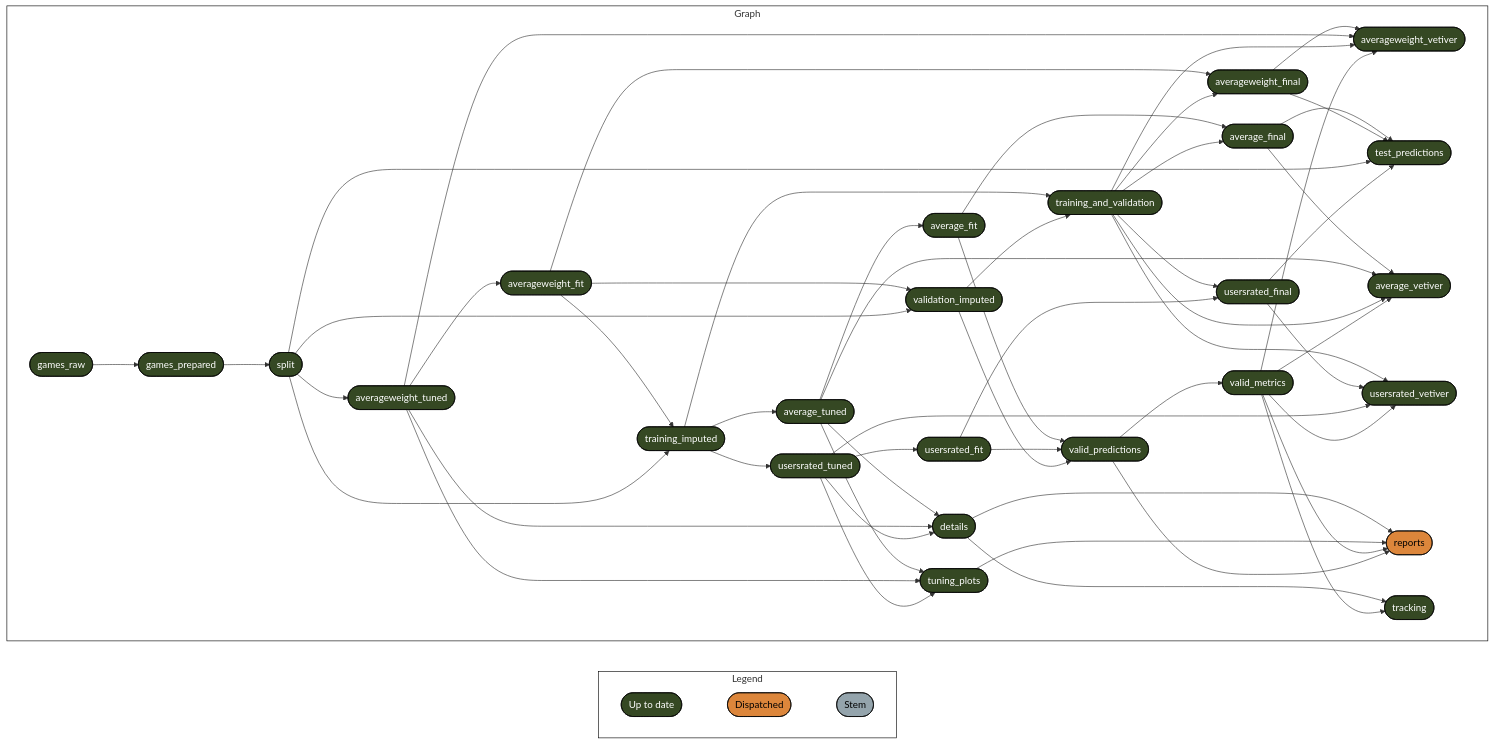
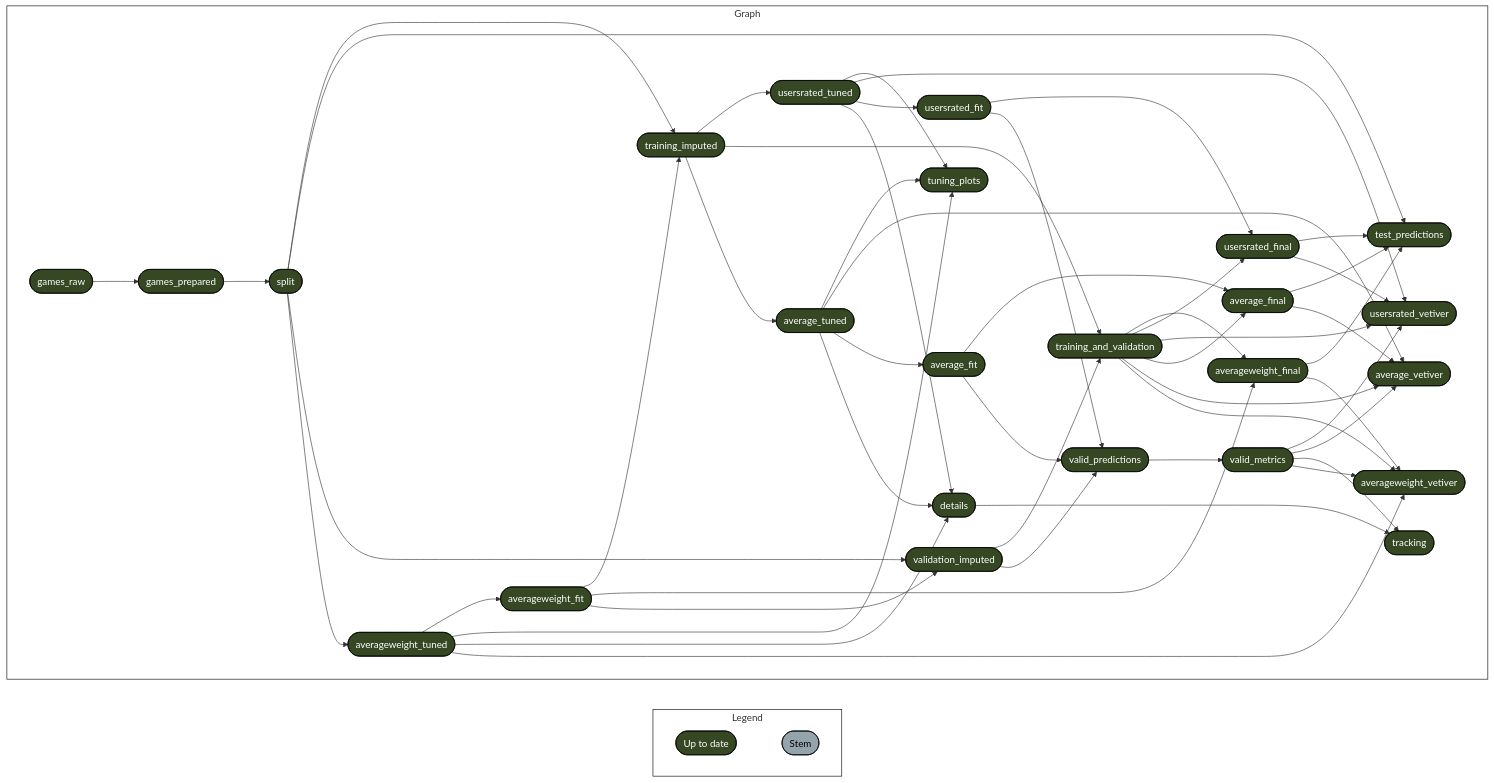
One commit to phenrickson/bgg_models changed the diagram in docs/results.md. Above: the diagram before and after it, drawn with Mermaid. The commit also changed other lines of this file and 5 other files, not shown here.

````diff
--- a/docs/results.md
+++ b/docs/results.md
@@ -7,70 +7,63 @@
 ``` mermaid
 graph LR
   style Legend fill:#FFFFFF00,stroke:#000000;
   style Graph fill:#FFFFFF00,stroke:#000000;
   subgraph Legend
     direction LR
-    x7420bd9270f8d27d([""Up to date""]):::uptodate --- xa8565c104d8f0705([""Dispatched""]):::dispatched
-    xa8565c104d8f0705([""Dispatched""]):::dispatched --- xbf4603d6c2c2ad6b([""Stem""]):::none
+    x7420bd9270f8d27d([""Up to date""]):::uptodate --- xbf4603d6c2c2ad6b([""Stem""]):::none
   end
   subgraph Graph
     direction LR
+    x04d83687468f3fc4(["averageweight_tuned"]):::uptodate --> x0f34a02bd6ed632f(["averageweight_fit"]):::uptodate
+    x170105733f313efa(["training_imputed"]):::uptodate --> x8b18f98f2746942f(["usersrated_tuned"]):::uptodate
+    x2b7f0716b8751c70(["games_raw"]):::uptodate --> xe73a0f95bb7c669b(["games_prepared"]):::uptodate
+    x0f34a02bd6ed632f(["averageweight_fit"]):::uptodate --> x170105733f313efa(["training_imputed"]):::uptodate
+    x6a9d509448f9bd3e(["split"]):::uptodate --> x170105733f313efa(["training_imputed"]):::uptodate
+    x0f34a02bd6ed632f(["averageweight_fit"]):::uptodate --> x5a0dca7931d71121(["averageweight_final"]):::uptodate
+    xe5bd2d3c6fdf29ae(["training_and_validation"]):::uptodate --> x5a0dca7931d71121(["averageweight_final"]):::uptodate
+    x32d592eaf8d082e6(["valid_predictions"]):::uptodate --> xc2507955de0caf4e(["valid_metrics"]):::uptodate
     xe5bd2d3c6fdf29ae(["training_and_validation"]):::uptodate --> xd99568a85da9c31b(["usersrated_final"]):::uptodate
     xd6936e852f1fbe47(["usersrated_fit"]):::uptodate --> xd99568a85da9c31b(["usersrated_final"]):::uptodate
+    x51e4cab15d71e6a3(["average_final"]):::uptodate --> x09d4ee9c0cdd997f(["test_predictions"]):::uptodate
+    x5a0dca7931d71121(["averageweight_final"]):::uptodate --> x09d4ee9c0cdd997f(["test_predictions"]):::uptodate
+    x6a9d509448f9bd3e(["split"]):::uptodate --> x09d4ee9c0cdd997f(["test_predictions"]):::uptodate
+    xd99568a85da9c31b(["usersrated_final"]):::uptodate --> x09d4ee9c0cdd997f(["test_predictions"]):::uptodate
+    x0f34a02bd6ed632f(["averageweight_fit"]):::uptodate --> x60bd72cb3684ce1d(["validation_imputed"]):::uptodate
+    x6a9d509448f9bd3e(["split"]):::uptodate --> x60bd72cb3684ce1d(["validation_imputed"]):::uptodate
+    xd0ff2216903615b0(["average_tuned"]):::uptodate --> x5009635ca9660f5b(["tuning_plots"]):::uptodate
+    x04d83687468f3fc4(["averageweight_tuned"]):::uptodate --> x5009635ca9660f5b(["tuning_plots"]):::uptodate
+    x8b18f98f2746942f(["usersrated_tuned"]):::uptodate --> x5009635ca9660f5b(["tuning_plots"]):::uptodate
     xe73a0f95bb7c669b(["games_prepared"]):::uptodate --> x6a9d509448f9bd3e(["split"]):::uptodate
+    xe5bd2d3c6fdf29ae(["training_and_validation"]):::uptodate --> x156a6ed4485a6769(["usersrated_vetiver"]):::uptodate
+    xd99568a85da9c31b(["usersrated_final"]):::uptodate --> x156a6ed4485a6769(["usersrated_vetiver"]):::uptodate
+    x8b18f98f2746942f(["usersrated_tuned"]):::uptodate --> x156a6ed4485a6769(["usersrated_vetiver"]):::uptodate
+    xc2507955de0caf4e(["valid_metrics"]):::uptodate --> x156a6ed4485a6769(["usersrated_vetiver"]):::uptodate
+    x170105733f313efa(["training_imputed"]):::uptodate --> xe5bd2d3c6fdf29ae(["training_and_validation"]):::uptodate
+    x60bd72cb3684ce1d(["validation_imputed"]):::uptodate --> xe5bd2d3c6fdf29ae(["training_and_validation"]):::uptodate
+    x170105733f313efa(["training_imputed"]):::uptodate --> xd0ff2216903615b0(["average_tuned"]):::uptodate
+    xc0de7cb1ceaaae9a(["average_fit"]):::uptodate --> x51e4cab15d71e6a3(["average_final"]):::uptodate
+    xe5bd2d3c6fdf29ae(["training_and_validation"]):::uptodate --> x51e4cab15d71e6a3(["average_final"]):::uptodate
+    x51e4cab15d71e6a3(["average_final"]):::uptodate --> x1b61a8b8a8b5e6c2(["average_vetiver"]):::uptodate
+    xd0ff2216903615b0(["average_tuned"]):::uptodate --> x1b61a8b8a8b5e6c2(["average_vetiver"]):::uptodate
+    xe5bd2d3c6fdf29ae(["training_and_validation"]):::uptodate --> x1b61a8b8a8b5e6c2(["average_vetiver"]):::uptodate
+    xc2507955de0caf4e(["valid_metrics"]):::uptodate --> x1b61a8b8a8b5e6c2(["average_vetiver"]):::uptodate
+    xd0ff2216903615b0(["average_tuned"]):::uptodate --> xc0de7cb1ceaaae9a(["average_fit"]):::uptodate
+    x6a9d509448f9bd3e(["split"]):::uptodate --> x04d83687468f3fc4(["averageweight_tuned"]):::uptodate
+    xc0de7cb1ceaaae9a(["average_fit"]):::uptodate --> x32d592eaf8d082e6(["valid_predictions"]):::uptodate
+    xd6936e852f1fbe47(["usersrated_fit"]):::uptodate --> x32d592eaf8d082e6(["valid_predictions"]):::uptodate
+    x60bd72cb3684ce1d(["validation_imputed"]):::uptodate --> x32d592eaf8d082e6(["valid_predictions"]):::uptodate
+    x8b18f98f2746942f(["usersrated_tuned"]):::uptodate --> xd6936e852f1fbe47(["usersrated_fit"]):::uptodate
+    xd0ff2216903615b0(["average_tuned"]):::uptodate --> x45aff652992a023a(["details"]):::uptodate
+    x04d83687468f3fc4(["averageweight_tuned"]):::uptodate --> x45aff652992a023a(["details"]):::uptodate
+    x8b18f98f2746942f(["usersrated_tuned"]):::uptodate --> x45aff652992a023a(["details"]):::uptodate
+    x45aff652992a023a(["details"]):::uptodate --> x92c9ab88ae1439d1(["tracking"]):::uptodate
+    xc2507955de0caf4e(["valid_metrics"]):::uptodate --> x92c9ab88ae1439d1(["tracking"]):::uptodate
     x5a0dca7931d71121(["averageweight_final"]):::uptodate --> xcbeb0ce109eb5b86(["averageweight_vetiver"]):::uptodate
     x04d83687468f3fc4(["averageweight_tuned"]):::uptodate --> xcbeb0ce109eb5b86(["averageweight_vetiver"]):::uptodate
     xe5bd2d3c6fdf29ae(["training_and_validation"]):::uptodate --> xcbeb0ce109eb5b86(["averageweight_vetiver"]):::uptodate
     xc2507955de0caf4e(["valid_metrics"]):::uptodate --> xcbeb0ce109eb5b86(["averageweight_vetiver"]):::uptodate
-    x0f34a02bd6ed632f(["averageweight_fit"]):::uptodate --> x5a0dca7931d71121(["averageweight_final"]):::uptodate
-    xe5bd2d3c6fdf29ae(["training_and_validation"]):::uptodate --> x5a0dca7931d71121(["averageweight_final"]):::uptodate
-    x04d83687468f3fc4(["averageweight_tuned"]):::uptodate --> x0f34a02bd6ed632f(["averageweight_fit"]):::uptodate
-    x51e4cab15d71e6a3(["average_final"]):::uptodate --> x09d4ee9c0cdd997f(["test_predictions"]):::uptodate
-    x5a0dca7931d71121(["averageweight_final"]):::uptodate --> x09d4ee9c0cdd997f(["test_predictions"]):::uptodate
-    x6a9d509448f9bd3e(["split"]):::uptodate --> x09d4ee9c0cdd997f(["test_predictions"]):::uptodate
-    xd99568a85da9c31b(["usersrated_final"]):::uptodate --> x09d4ee9c0cdd997f(["test_predictions"]):::uptodate
-    xd0ff2216903615b0(["average_tuned"]):::uptodate --> x45aff652992a023a(["details"]):::uptodate
-    x04d83687468f3fc4(["averageweight_tuned"]):::uptodate --> x45aff652992a023a(["details"]):::uptodate
-    x8b18f98f2746942f(["usersrated_tuned"]):::uptodate --> x45aff652992a023a(["details"]):::uptodate
-    x170105733f313efa(["training_imputed"]):::uptodate --> xe5bd2d3c6fdf29ae(["training_and_validation"]):::uptodate
-    x60bd72cb3684ce1d(["validation_imputed"]):::uptodate --> xe5bd2d3c6fdf29ae(["training_and_validation"]):::uptodate
-    x8b18f98f2746942f(["usersrated_tuned"]):::uptodate --> xd6936e852f1fbe47(["usersrated_fit"]):::uptodate
-    xd0ff2216903615b0(["average_tuned"]):::uptodate --> xc0de7cb1ceaaae9a(["average_fit"]):::uptodate
-    x2b7f0716b8751c70(["games_raw"]):::uptodate --> xe73a0f95bb7c669b(["games_prepared"]):::uptodate
-    x51e4cab15d71e6a3(["average_final"]):::uptodate --> x1b61a8b8a8b5e6c2(["average_vetiver"]):::uptodate
-    xd0ff2216903615b0(["average_tuned"]):::uptodate --> x1b61a8b8a8b5e6c2(["average_vetiver"]):::uptodate
-    xe5bd2d3c6fdf29ae(["training_and_validation"]):::uptodate --> x1b61a8b8a8b5e6c2(["average_vetiver"]):::uptodate
-    xc2507955de0caf4e(["valid_metrics"]):::uptodate --> x1b61a8b8a8b5e6c2(["average_vetiver"]):::uptodate
-    xe5bd2d3c6fdf29ae(["training_and_validation"]):::uptodate --> x156a6ed4485a6769(["usersrated_vetiver"]):::uptodate
-    xd99568a85da9c31b(["usersrated_final"]):::uptodate --> x156a6ed4485a6769(["usersrated_vetiver"]):::uptodate
-    x8b18f98f2746942f(["usersrated_tuned"]):::uptodate --> x156a6ed4485a6769(["usersrated_vetiver"]):::uptodate
-    xc2507955de0caf4e(["valid_metrics"]):::uptodate --> x156a6ed4485a6769(["usersrated_vetiver"]):::uptodate
-    xd0ff2216903615b0(["average_tuned"]):::uptodate --> x5009635ca9660f5b(["tuning_plots"]):::uptodate
-    x04d83687468f3fc4(["averageweight_tuned"]):::uptodate --> x5009635ca9660f5b(["tuning_plots"]):::uptodate
-    x8b18f98f2746942f(["usersrated_tuned"]):::uptodate --> x5009635ca9660f5b(["tuning_plots"]):::uptodate
-    x170105733f313efa(["training_imputed"]):::uptodate --> xd0ff2216903615b0(["average_tuned"]):::uptodate
-    x0f34a02bd6ed632f(["averageweight_fit"]):::uptodate --> x170105733f313efa(["training_imputed"]):::uptodate
-    x6a9d509448f9bd3e(["split"]):::uptodate --> x170105733f313efa(["training_imputed"]):::uptodate
-    xc0de7cb1ceaaae9a(["average_fit"]):::uptodate --> x32d592eaf8d082e6(["valid_predictions"]):::uptodate
-    xd6936e852f1fbe47(["usersrated_fit"]):::uptodate --> x32d592eaf8d082e6(["valid_predictions"]):::uptodate
-    x60bd72cb3684ce1d(["validation_imputed"]):::uptodate --> x32d592eaf8d082e6(["valid_predictions"]):::uptodate
-    x45aff652992a023a(["details"]):::uptodate --> x3c2f8ffacaa45076(["reports"]):::dispatched
-    x5009635ca9660f5b(["tuning_plots"]):::uptodate --> x3c2f8ffacaa45076(["reports"]):::dispatched
-    xc2507955de0caf4e(["valid_metrics"]):::uptodate --> x3c2f8ffacaa45076(["reports"]):::dispatched
-    x32d592eaf8d082e6(["valid_predictions"]):::uptodate --> x3c2f8ffacaa45076(["reports"]):::dispatched
-    x0f34a02bd6ed632f(["averageweight_fit"]):::uptodate --> x60bd72cb3684ce1d(["validation_imputed"]):::uptodate
-    x6a9d509448f9bd3e(["split"]):::uptodate --> x60bd72cb3684ce1d(["validation_imputed"]):::uptodate
-    x32d592eaf8d082e6(["valid_predictions"]):::uptodate --> xc2507955de0caf4e(["valid_metrics"]):::uptodate
-    x6a9d509448f9bd3e(["split"]):::uptodate --> x04d83687468f3fc4(["averageweight_tuned"]):::uptodate
-    x170105733f313efa(["training_imputed"]):::uptodate --> x8b18f98f2746942f(["usersrated_tuned"]):::uptodate
-    x45aff652992a023a(["details"]):::uptodate --> x92c9ab88ae1439d1(["tracking"]):::uptodate
-    xc2507955de0caf4e(["valid_metrics"]):::uptodate --> x92c9ab88ae1439d1(["tracking"]):::uptodate
-    xc0de7cb1ceaaae9a(["average_fit"]):::uptodate --> x51e4cab15d71e6a3(["average_final"]):::uptodate
-    xe5bd2d3c6fdf29ae(["training_and_validation"]):::uptodate --> x51e4cab15d71e6a3(["average_final"]):::uptodate
   end
   classDef uptodate stroke:#000000,color:#ffffff,fill:#354823;
-  classDef dispatched stroke:#000000,color:#000000,fill:#DC863B;
   classDef none stroke:#000000,color:#000000,fill:#94a4ac;
   linkStyle 0 stroke-width:0px;
-  linkStyle 1 stroke-width:0px;
 ```
````
